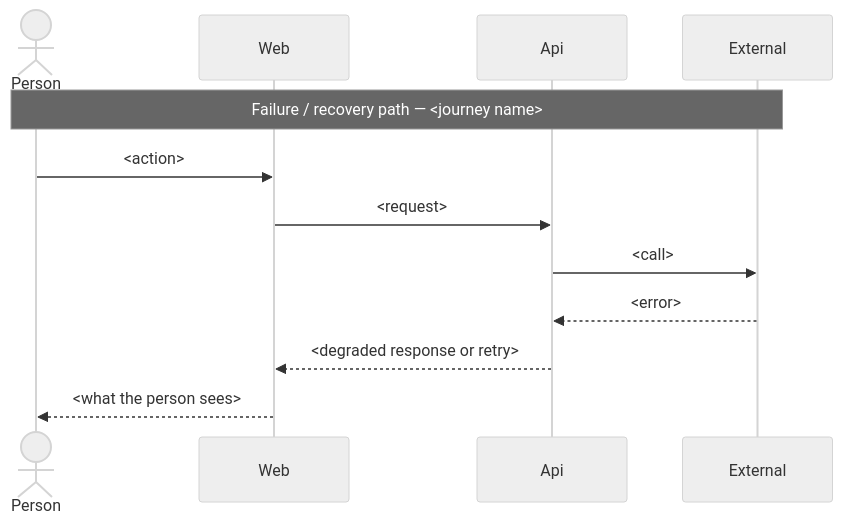
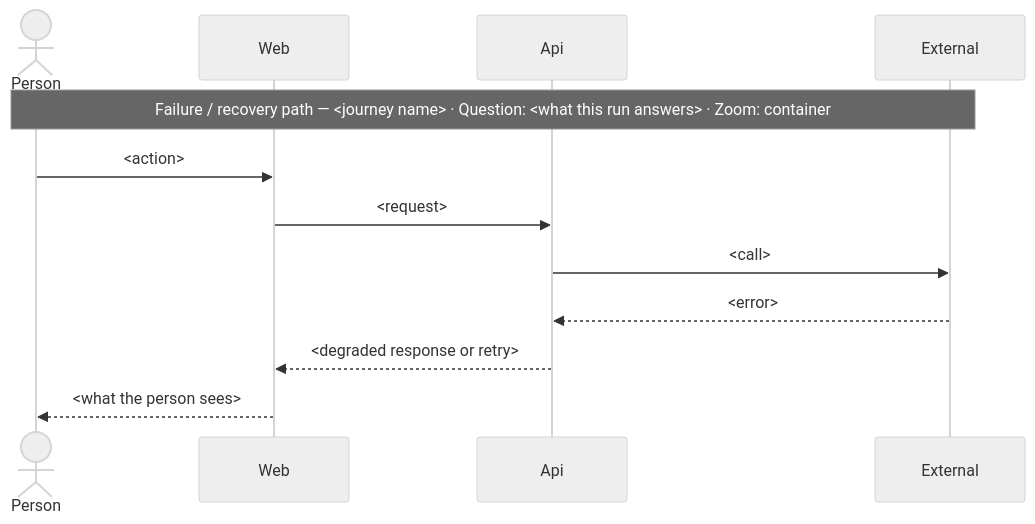
Before and after one commit to eugenelim/agent-ready-repo: the fourth of 4 diagrams in packs/architect/.apm/skills/architect-design/assets/application-system-design.md, drawn with Mermaid (neutral theme). The commit also changed other lines of this file and 24 other files, not shown here.

````diff
--- a/packs/architect/.apm/skills/architect-design/assets/application-system-design.md
+++ b/packs/architect/.apm/skills/architect-design/assets/application-system-design.md
@@ -110,14 +112,14 @@
 ```mermaid
 sequenceDiagram
     actor Person
     participant Web
     participant Api
     participant External
-    Note over Person,External: Failure / recovery path — <journey name>
+    Note over Person,External: Failure / recovery path — <journey name> · Question: <what this run answers> · Zoom: container
     Person->>Web: <action>
     Web->>Api: <request>
     Api->>External: <call>
     External-->>Api: <error>
     Api-->>Web: <degraded response or retry>
     Web-->>Person: <what the person sees>
 ```
````
